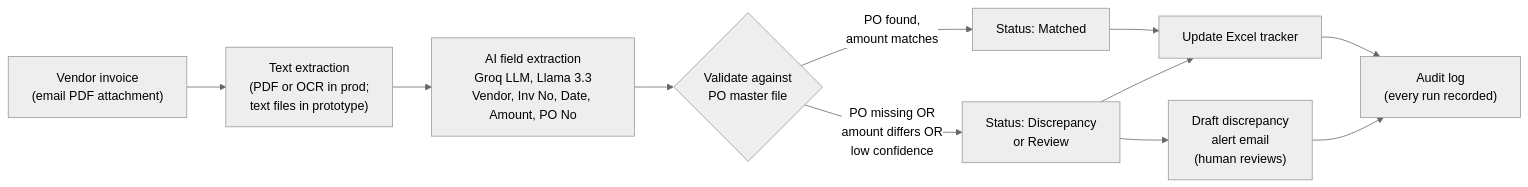
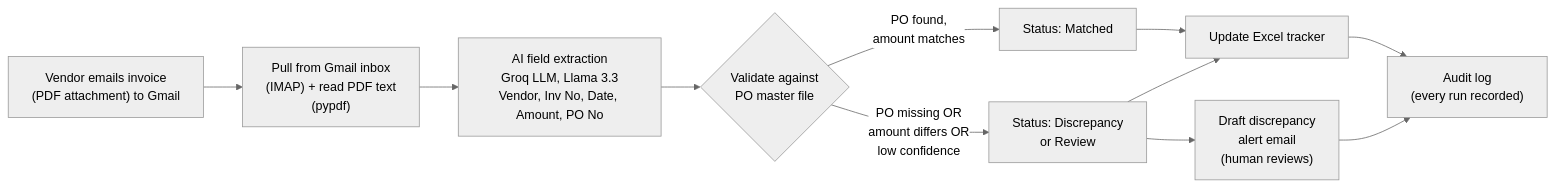
The diagram in SOLUTION_DESIGN.md (Cosmox999/ansr-finance-invoice-automation), drawn with Mermaid (neutral theme) before and after one commit. The commit also changed other lines of this file and 25 other files, not shown here.

First line of the commit message:
Read invoice PDFs from Gmail inbox (IMAP) instead of local text files

````diff
--- a/SOLUTION_DESIGN.md
+++ b/SOLUTION_DESIGN.md
@@ -35,13 +36,13 @@
 ```mermaid
 flowchart LR
-    A["Vendor invoice<br/>(email PDF attachment)"] --> B["Text extraction<br/>(PDF or OCR in prod;<br/>text files in prototype)"]
+    A["Vendor emails invoice<br/>(PDF attachment) to Gmail"] --> B["Pull from Gmail inbox<br/>(IMAP) + read PDF text<br/>(pypdf)"]
     B --> C["AI field extraction<br/>Groq LLM, Llama 3.3<br/>Vendor, Inv No, Date, Amount, PO No"]
     C --> D{"Validate against<br/>PO master file"}
     D -- "PO found,<br/>amount matches" --> E["Status: Matched"]
     D -- "PO missing OR<br/>amount differs OR<br/>low confidence" --> F["Status: Discrepancy<br/>or Review"]
     E --> G["Update Excel tracker"]
     F --> G
     F --> H["Draft discrepancy<br/>alert email<br/>(human reviews)"]
     G --> I["Audit log<br/>(every run recorded)"]
     H --> I
 ```
````
